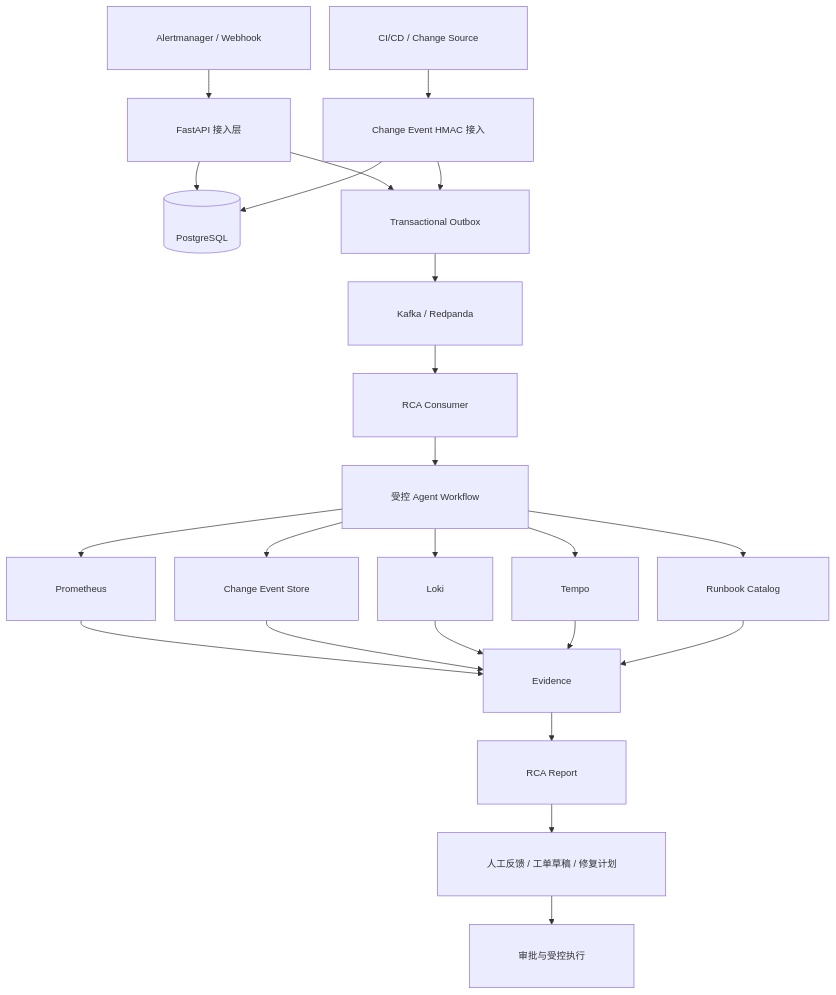
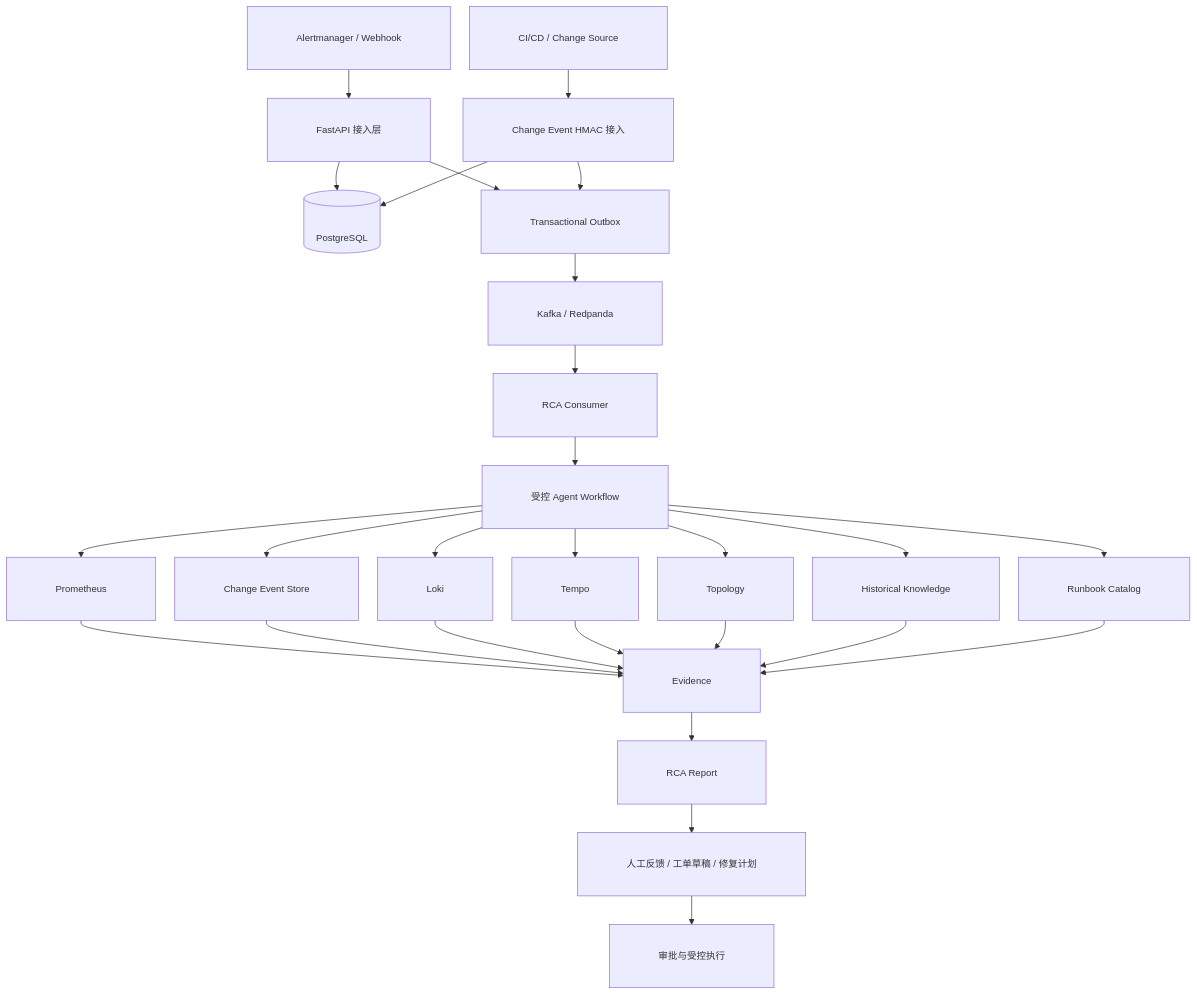
One commit to ikang2001/devops-agent-platform changed the diagram in README.md. Above: the diagram before and after it, drawn with Mermaid. The commit also changed other lines of this file and 69 other files, not shown here.

````diff
--- a/README.md
+++ b/README.md
@@ -83,26 +100,30 @@
 ```mermaid
 %%{init: {'flowchart': {'nodeSpacing': 28, 'rankSpacing': 42, 'padding': 36}, 'themeVariables': {'fontSize': '14px'}}}%%
 flowchart TB
     A[Alertmanager / Webhook] --> B[FastAPI 接入层]
     A2[CI/CD / Change Source] --> B2[Change Event HMAC 接入]
     B --> C[(PostgreSQL)]
     B2 --> C
     B --> D[Transactional Outbox]
     B2 --> D
     D --> E[Kafka / Redpanda]
     E --> F[RCA Consumer]
     F --> G[受控 Agent Workflow]
     G --> H[Prometheus]
     G --> H2[Change Event Store]
     G --> I[Loki]
     G --> J[Tempo]
-    G --> K[Runbook Catalog]
+    G --> K[Topology]
+    G --> K2[Historical Knowledge]
+    G --> K3[Runbook Catalog]
     H --> L[Evidence]
     H2 --> L
     I --> L
     J --> L
     K --> L
+    K2 --> L
+    K3 --> L
     L --> M[RCA Report]
     M --> N[人工反馈 / 工单草稿 / 修复计划]
     N --> O[审批与受控执行]
 ```
````
